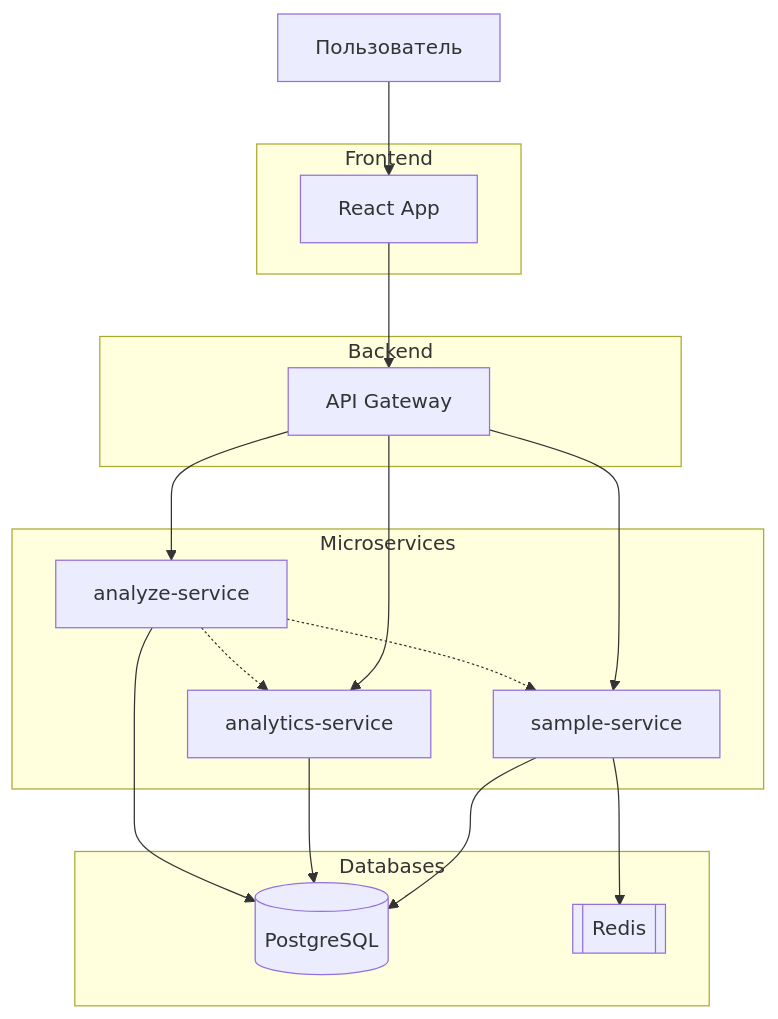
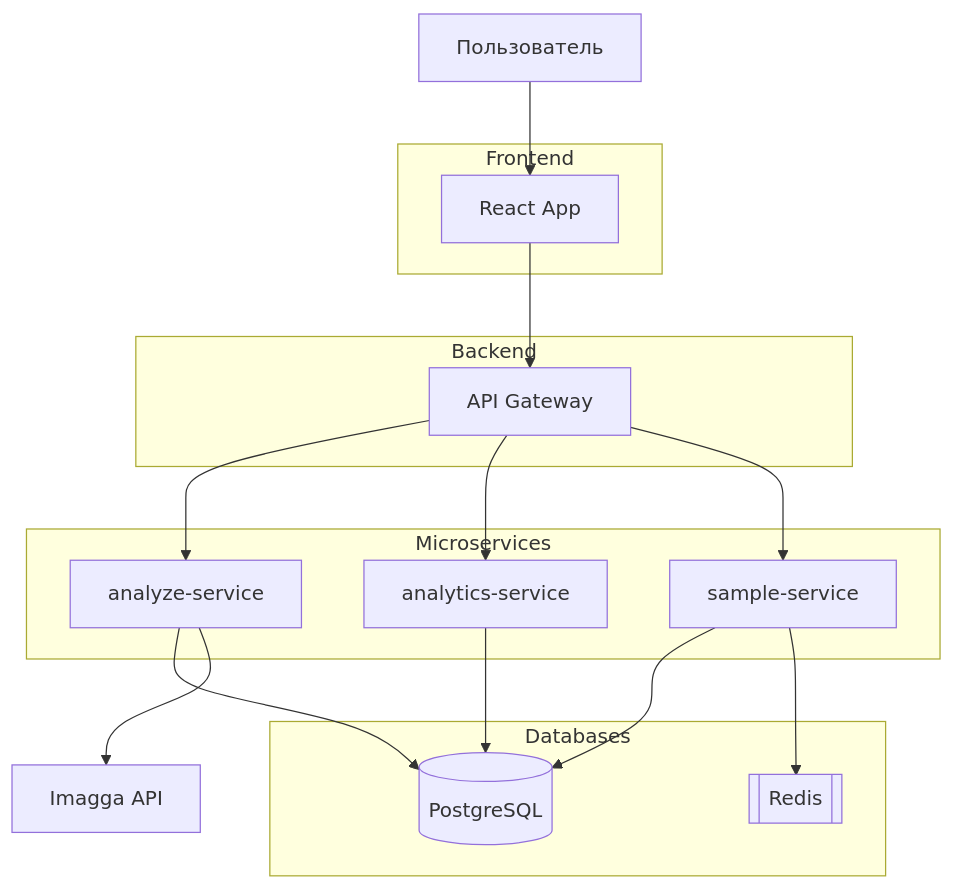
The diagram in README.md (bravekirty/bravekirty), drawn with Mermaid before and after one commit. The commit also changed other lines of this file, not shown here.

````diff
--- a/README.md
+++ b/README.md
@@ -109,39 +113,37 @@
 ```mermaid
 
 graph TB
     subgraph Frontend
         React[React App]
     end
     
     subgraph Backend
         Gateway[API Gateway]
     end
     
     subgraph Microservices
-        Sample[sample-service]
         Analyze[analyze-service]
         Analytics[analytics-service]
+        Sample[sample-service]
     end
     
     subgraph Databases
         PostgreSQL[(PostgreSQL)]
-        Redis[[Redis]]
+        Redis[["Redis"]]
     end
     
     User[Пользователь] --> React
     React --> Gateway
     
-    Gateway --> Sample
     Gateway --> Analyze
     Gateway --> Analytics
+    Gateway --> Sample
     
+    Analyze --> PostgreSQL
+    Analyze --> External[Imagga API]
+    
+    Analytics --> PostgreSQL
     Sample --> PostgreSQL
     Sample --> Redis
-    
-    Analytics --> PostgreSQL
-    Analyze --> PostgreSQL
-    
-    Analyze -.-> Analytics
-    Analyze -.-> Sample
 
 ```
````
